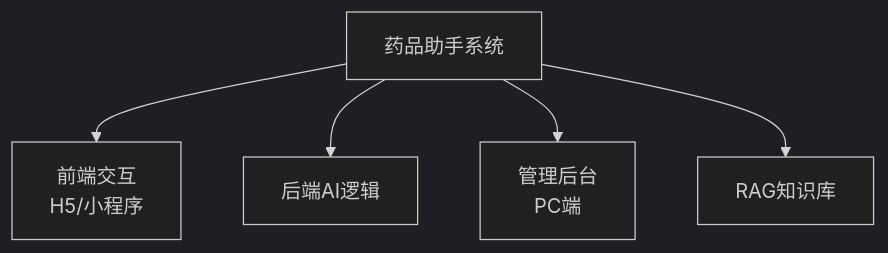
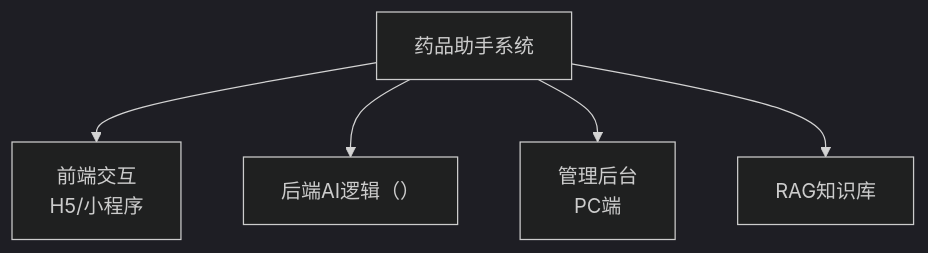
One commit to funnyData/iodraw-files changed the diagram in all/未命名.md. Above: the diagram before and after it, drawn with Mermaid (dark theme).

Commit message:
2025-02-21 13:52:48 update

````diff
--- a/all/未命名.md
+++ b/all/未命名.md
@@ -1,7 +1,7 @@
 ```mermaid
 graph TD
     A[药品助手系统] --> B[前端交互<br>H5/小程序]
-    A --> C[后端AI逻辑]
+    A --> C[后端AI逻辑（）]
     A --> D[管理后台<br>PC端]
     A --> E[RAG知识库]
 ```
````
